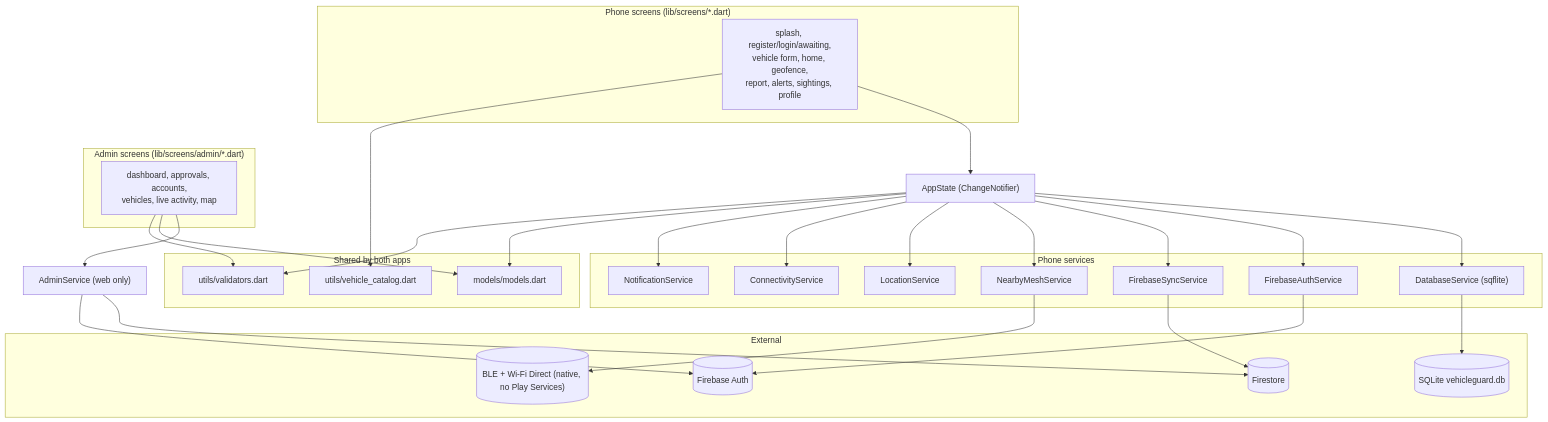
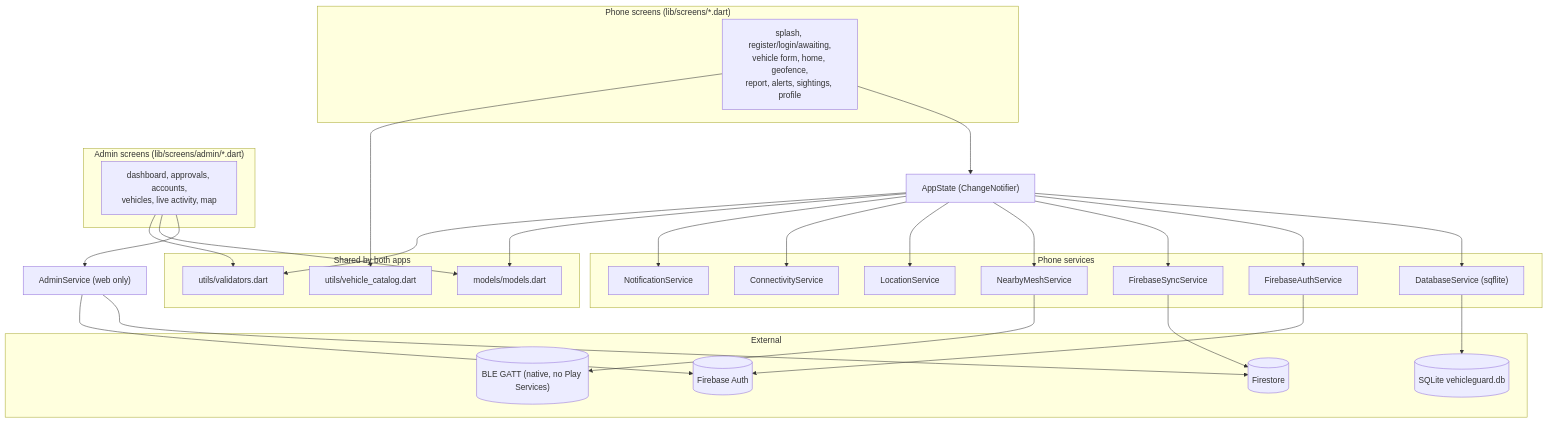
The fifth of 5 diagrams in REVIEWER.md (Cedric2625/CAPSTONE-SYSTEM), drawn with Mermaid before and after one commit. The commit also changed other lines of this file and 2 other files, not shown here.

````diff
--- a/REVIEWER.md
+++ b/REVIEWER.md
@@ -759,43 +779,43 @@
 ```mermaid
 flowchart TB
     subgraph UI["Phone screens (lib/screens/*.dart)"]
         S["splash, register/login/awaiting,<br/>vehicle form, home, geofence,<br/>report, alerts, sightings, profile"]
     end
     subgraph AdminUI["Admin screens (lib/screens/admin/*.dart)"]
         AS["dashboard, approvals, accounts,<br/>vehicles, live activity, map"]
     end
     APPSTATE["AppState (ChangeNotifier)"]
     subgraph Services["Phone services"]
         DB["DatabaseService (sqflite)"]
         AUTH["FirebaseAuthService"]
         SYNC["FirebaseSyncService"]
         MESH["NearbyMeshService"]
         LOC["LocationService"]
         CONN["ConnectivityService"]
         NOTIF["NotificationService"]
     end
     ADMINSVC["AdminService (web only)"]
     subgraph Shared["Shared by both apps"]
         MODELS["models/models.dart"]
         VALID["utils/validators.dart"]
         CATALOG["utils/vehicle_catalog.dart"]
     end
     subgraph External["External"]
         SQLITE[("SQLite vehicleguard.db")]
         FIRESTORE[("Firestore")]
         FBAUTH[("Firebase Auth")]
-        TRANSPORT[("BLE + Wi-Fi Direct (native, no Play Services)")]
+        TRANSPORT[("BLE GATT (native, no Play Services)")]
     end
 
     S --> APPSTATE
     APPSTATE --> DB & AUTH & SYNC & MESH & LOC & CONN & NOTIF
     AS --> ADMINSVC
     DB --> SQLITE
     AUTH --> FBAUTH
     SYNC --> FIRESTORE
     ADMINSVC --> FIRESTORE & FBAUTH
     MESH --> TRANSPORT
     APPSTATE --> MODELS & VALID
     S --> CATALOG
     AS --> MODELS & VALID
 ```
````
